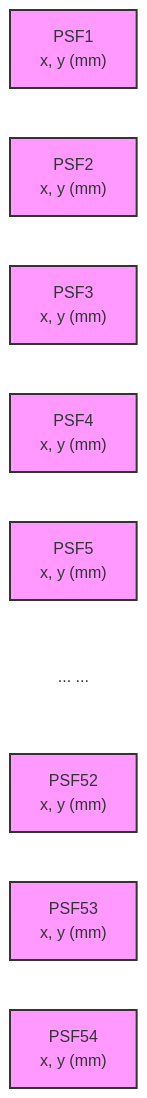
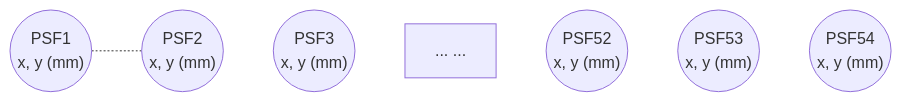
The diagram in scripts/PSF/README.md (gemmahuai/deep-field-selection), drawn with Mermaid before and after one commit.

Commit message:
test PSF and write down workflow

````diff
--- a/scripts/PSF/README.md
+++ b/scripts/PSF/README.md
@@ -8,19 +8,14 @@
 ```mermaid
 graph LR;
     %% Define input PSFs in the same row
-    PSF1["PSF1<br>x, y (mm)"]:::circle
-    PSF2["PSF2<br>x, y (mm)"]:::circle
-    PSF3["PSF3<br>x, y (mm)"]:::circle
-    PSF4["PSF4<br>x, y (mm)"]:::circle
-    PSF5["PSF5<br>x, y (mm)"]:::circle
-    Dots["... ..."]:::dot
-    PSF52["PSF52<br>x, y (mm)"]:::circle
-    PSF53["PSF53<br>x, y (mm)"]:::circle
-    PSF54["PSF54<br>x, y (mm)"]:::circle
+    PSF1(("PSF1<br>x, y (mm)"))-.-
+    PSF2(("PSF2<br>x, y (mm)"))~~~
+    PSF3(("PSF3<br>x, y (mm)"))~~~
+    Dots["... ..."]:::dot~~~
+    PSF52(("PSF52<br>x, y (mm)"))~~~
+    PSF53(("PSF53<br>x, y (mm)"))~~~
+    PSF54(("PSF54<br>x, y (mm)"))
 
-    %% Styling circles and dots
-    classDef circle fill:#f9f,stroke:#333,stroke-width:2px;
-    classDef dot fill:#fff,stroke:none;
 
 
 ```
````
